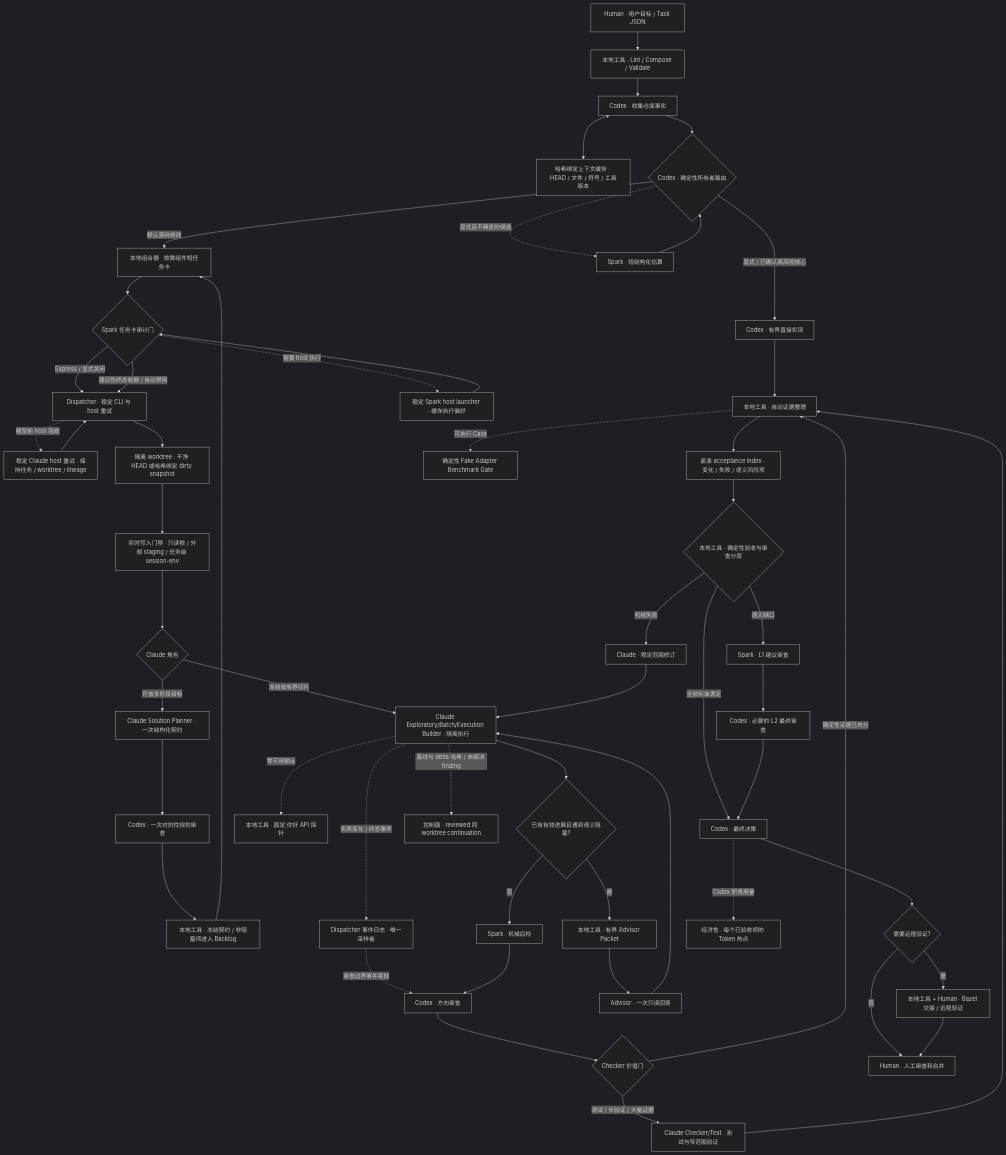
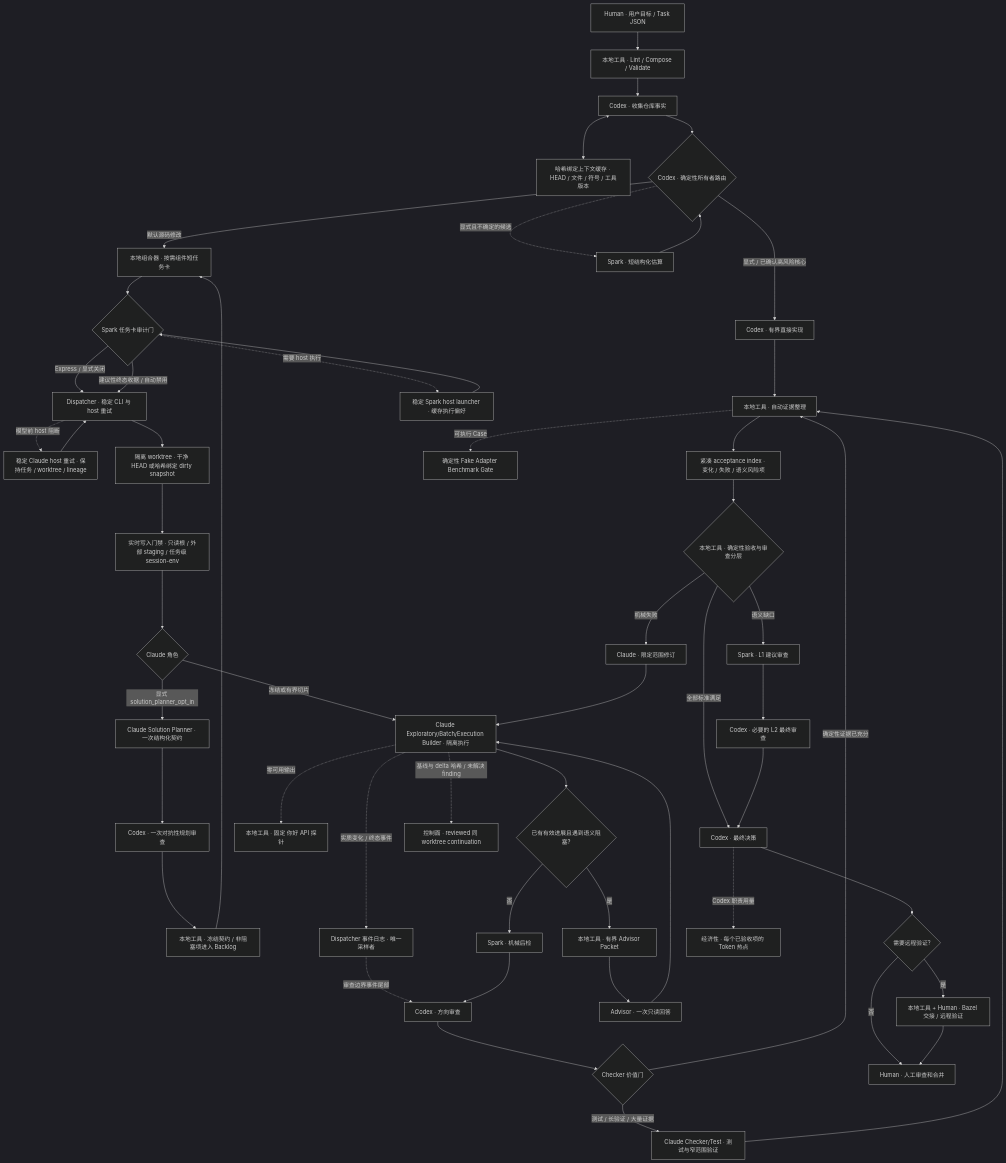
Before and after one commit to luozj1020/ai-coding-workflow: the diagram in README_CN.md, drawn with Mermaid (dark theme). The commit also changed other lines of this file and 35 other files, not shown here.

````diff
--- a/README_CN.md
+++ b/README_CN.md
@@ -110,55 +110,55 @@
 ```mermaid
 flowchart TD
     U[Human · 用户目标 / Task JSON] --> L[本地工具 · Lint / Compose / Validate]
     L --> F[Codex · 收集仓库事实]
     F <--> CC[哈希绑定上下文缓存 · HEAD / 文件 / 符号 / 工具版本]
     F --> R{Codex · 确定性所有者路由}
     R -- 显式 / 已确认高风险核心 --> CD[Codex · 有界直接实现]
     CD --> E
     R -- 默认源码修改 --> C[本地组合器 · 按需组件短任务卡]
     C --> SA{Spark 任务卡审计门}
     SA -- Express / 显式关闭 --> DI[Dispatcher · 稳定 CLI 与 host 重试]
     SA -- 建议性终态收据 / 自动禁用 --> DI
     SA -. 需要 host 执行 .-> SH[稳定 Spark host launcher · 缓存执行偏好]
     SH --> SA
     DI -. 模型前 host 阻断 .-> CH[稳定 Claude host 重试 · 保持任务 / worktree / lineage]
     CH --> DI
     DI --> IW[隔离 worktree · 干净 HEAD 或哈希绑定 dirty snapshot]
     IW --> WG[实时写入门禁 · 只读根 / 外部 staging / 任务级 session-env]
     WG --> ROLE{Claude 角色}
-    ROLE -- 开放多阶段目标 --> CPL[Claude Solution Planner · 一次结构化契约]
+    ROLE -- 显式 solution_planner_opt_in --> CPL[Claude Solution Planner · 一次结构化契约]
     CPL --> CAR[Codex · 一次对抗性规划审查]
     CAR --> CF[本地工具 · 冻结契约 / 非阻塞项进入 Backlog]
     CF --> C
     ROLE -- 冻结或有界切片 --> D[Claude Exploratory/Batch/Execution Builder · 隔离执行]
     R -. 显式且不确定的候选 .-> S0[Spark · 短结构化估算]
     S0 --> R
     D -. 实质变化 / 终态事件 .-> MON[Dispatcher 事件日志 · 唯一采样者]
     MON -. 审查边界事件尾部 .-> CR
     D --> Q{已有有效进展且遇到语义阻塞?}
     Q -- 否 --> SP[Spark · 机械后检]
     Q -- 是 --> AP[本地工具 · 有界 Advisor Packet]
     AP --> AV[Advisor · 一次只读回答]
     AV --> D
     D -. 零可用输出 .-> HP[本地工具 · 固定 你好 API 探针]
     SP --> CR[Codex · 方向审查]
     CR --> CV{Checker 价值门}
     CV -- 确定性证据已充分 --> E
     CV -- 测试 / 长验证 / 大量证据 --> CT[Claude Checker/Test · 测试与窄范围验证]
     CT --> E[本地工具 · 自动证据整理]
     E --> AB[紧凑 acceptance index · 变化 / 失败 / 语义风险项]
     AB --> A{本地工具 · 确定性验收与审查分层}
     A -- 机械失败 --> LR[Claude · 限定范围修订]
     A -- 语义缺口 --> S[Spark · L1 建议审查]
     S --> X[Codex · 必要的 L2 最终审查]
     A -- 全部标准满足 --> FD[Codex · 最终决策]
     X --> FD
     LR --> D
     FD --> H{需要远程验证?}
     H -- 是 --> RH[本地工具 + Human · Bazel 交接 / 远程验证]
     H -- 否 --> M[Human · 人工审查和合并]
     RH --> M
     D -. 基线与 delta 哈希 / 未解决 finding .-> RS[控制面 · reviewed 同 worktree continuation]
     E -. 可执行 Case .-> BM[确定性 Fake Adapter Benchmark Gate]
     FD -. Codex 职责用量 .-> KM[经济性 · 每个已验收项的 Token 热点]
 ```
````
